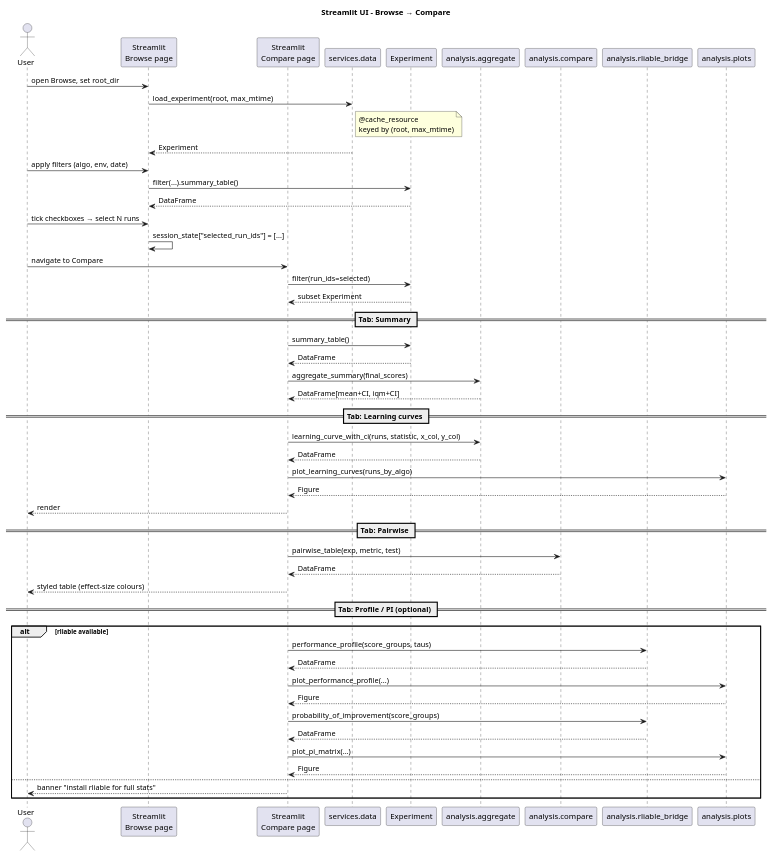
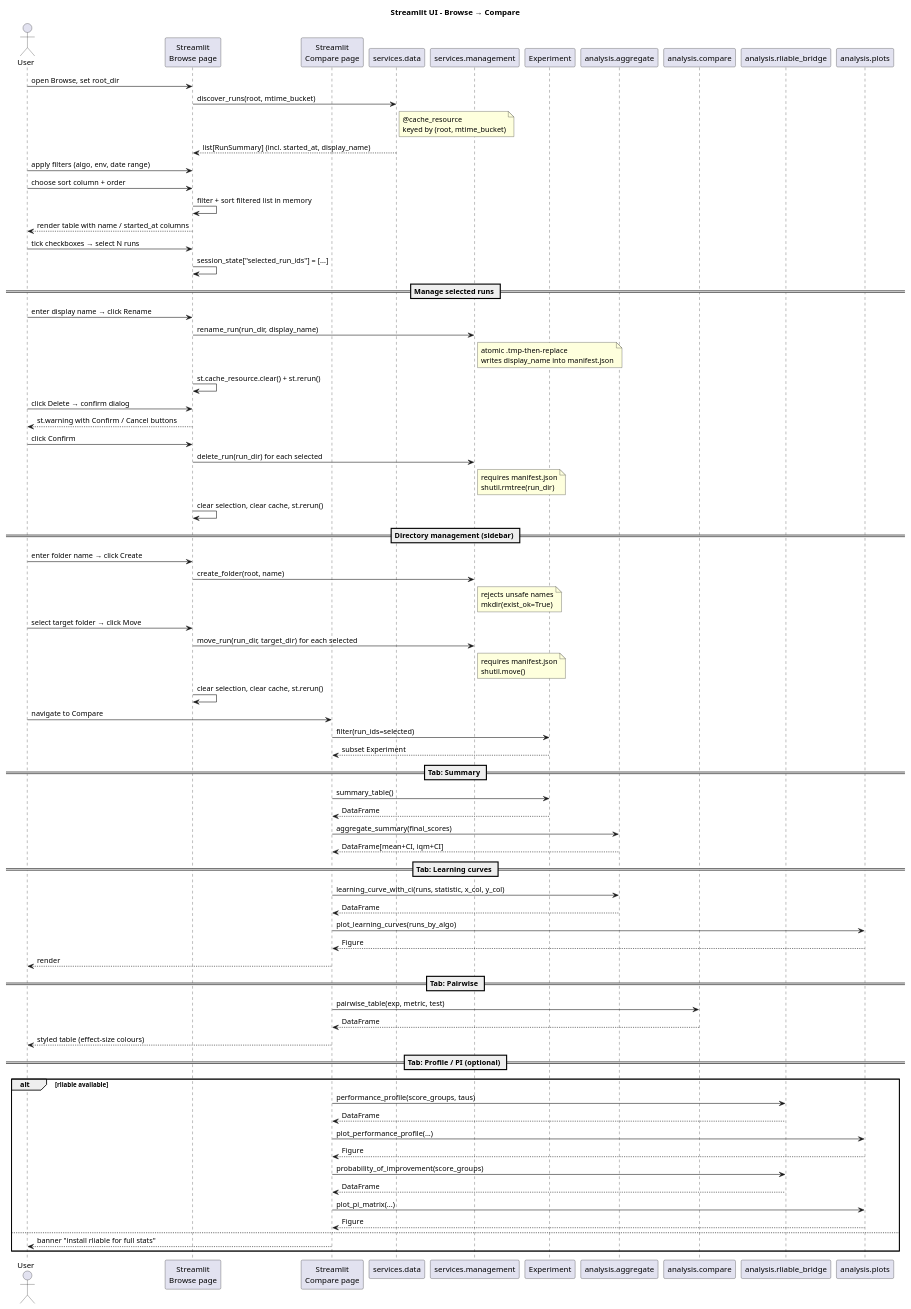
The diagram in docs/UML/sequence_ui_browse_compare.puml (Alex180504/DEAP-Zoo-bridge), drawn with PlantUML before and after one commit. The commit also changed 2 other files, not shown here.

Commit message:
Update UML

```diff
--- a/docs/UML/sequence_ui_browse_compare.puml
+++ b/docs/UML/sequence_ui_browse_compare.puml
@@ -1,62 +1,86 @@
 @startuml sequence_ui_browse_compare
 title Streamlit UI – Browse → Compare
 
 actor "User" as U
 participant "Streamlit\nBrowse page" as B
 participant "Streamlit\nCompare page" as C
 participant "services.data" as DS
+participant "services.management" as MGT
 participant "Experiment" as EX
 participant "analysis.aggregate" as AG
 participant "analysis.compare" as CMP
 participant "analysis.rliable_bridge" as RLB
 participant "analysis.plots" as PL
 
 U -> B: open Browse, set root_dir
-B -> DS: load_experiment(root, max_mtime)
-note right of DS: @cache_resource\nkeyed by (root, max_mtime)
-DS --> B: Experiment
+B -> DS: discover_runs(root, mtime_bucket)
+note right of DS: @cache_resource\nkeyed by (root, mtime_bucket)
+DS --> B: list[RunSummary] (incl. started_at, display_name)
 
-U -> B: apply filters (algo, env, date)
-B -> EX: filter(...).summary_table()
-EX --> B: DataFrame
+U -> B: apply filters (algo, env, date range)
+U -> B: choose sort column + order
+B -> B: filter + sort filtered list in memory
+B --> U: render table with name / started_at columns
 
 U -> B: tick checkboxes → select N runs
 B -> B: session_state["selected_run_ids"] = [...]
+
+== Manage selected runs ==
+U -> B: enter display name → click Rename
+B -> MGT: rename_run(run_dir, display_name)
+note right of MGT: atomic .tmp-then-replace\nwrites display_name into manifest.json
+B -> B: st.cache_resource.clear() + st.rerun()
+
+U -> B: click Delete → confirm dialog
+B --> U: st.warning with Confirm / Cancel buttons
+U -> B: click Confirm
+B -> MGT: delete_run(run_dir) for each selected
+note right of MGT: requires manifest.json\nshutil.rmtree(run_dir)
+B -> B: clear selection, clear cache, st.rerun()
+
+== Directory management (sidebar) ==
+U -> B: enter folder name → click Create
+B -> MGT: create_folder(root, name)
+note right of MGT: rejects unsafe names\nmkdir(exist_ok=True)
+U -> B: select target folder → click Move
+B -> MGT: move_run(run_dir, target_dir) for each selected
+note right of MGT: requires manifest.json\nshutil.move()
+B -> B: clear selection, clear cache, st.rerun()
 
 U -> C: navigate to Compare
 C -> EX: filter(run_ids=selected)
 EX --> C: subset Experiment
 
 == Tab: Summary ==
 C -> EX: summary_table()
 EX --> C: DataFrame
 C -> AG: aggregate_summary(final_scores)
 AG --> C: DataFrame[mean+CI, iqm+CI]
 
 == Tab: Learning curves ==
 C -> AG: learning_curve_with_ci(runs, statistic, x_col, y_col)
 AG --> C: DataFrame
 C -> PL: plot_learning_curves(runs_by_algo)
 PL --> C: Figure
 C --> U: render
 
 == Tab: Pairwise ==
 C -> CMP: pairwise_table(exp, metric, test)
 CMP --> C: DataFrame
 C --> U: styled table (effect-size colours)
 
 == Tab: Profile / PI (optional) ==
 alt rliable available
     C -> RLB: performance_profile(score_groups, taus)
     RLB --> C: DataFrame
     C -> PL: plot_performance_profile(...)
     PL --> C: Figure
     C -> RLB: probability_of_improvement(score_groups)
     RLB --> C: DataFrame
     C -> PL: plot_pi_matrix(...)
     PL --> C: Figure
 else
     C --> U: banner "install rliable for full stats"
 end
 
 @enduml
```
